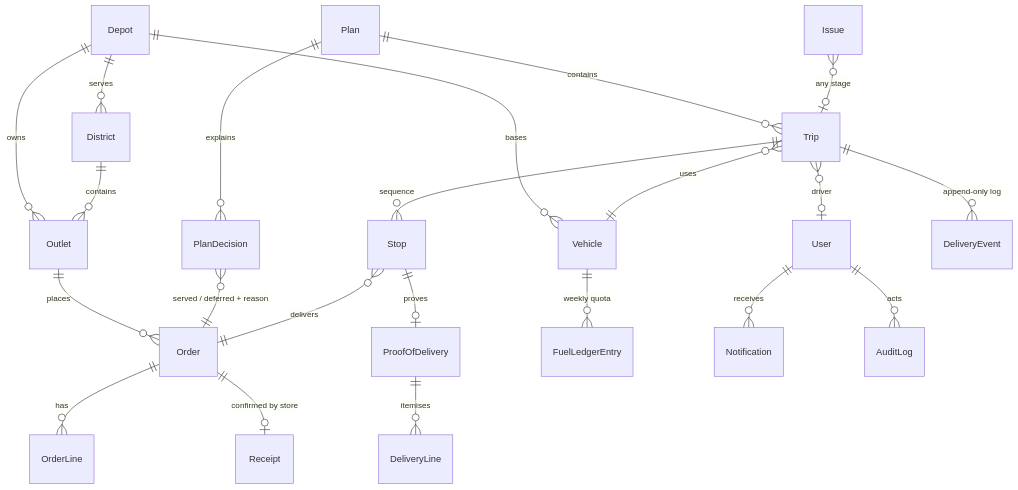
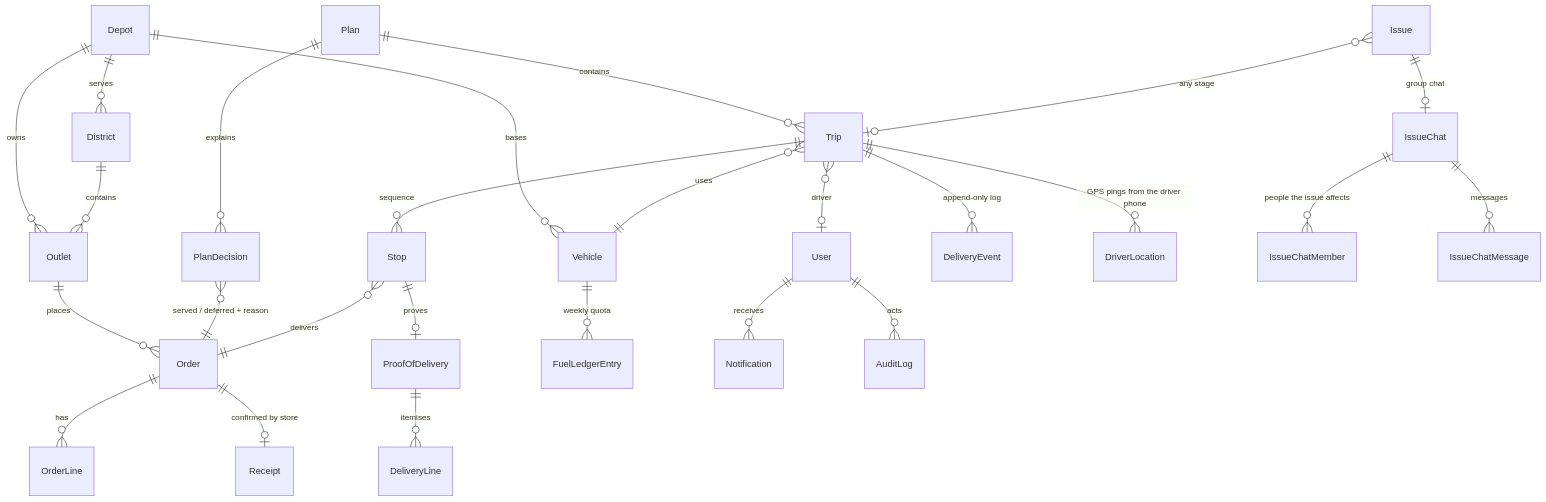
Before and after one commit to sajannethsara/HackBots_Waypoint: the diagram in docs/data-model.md, drawn with Mermaid. The commit also changed other lines of this file and 78 other files, not shown here.

````diff
--- a/docs/data-model.md
+++ b/docs/data-model.md
@@ -11,24 +11,28 @@
 ```mermaid
 erDiagram
   Depot ||--o{ District : serves
   Depot ||--o{ Outlet : owns
   Depot ||--o{ Vehicle : bases
   District ||--o{ Outlet : contains
   Outlet ||--o{ Order : places
   Order ||--o{ OrderLine : has
   Plan ||--o{ Trip : contains
   Plan ||--o{ PlanDecision : explains
   PlanDecision }o--|| Order : "served / deferred + reason"
   Trip }o--|| Vehicle : uses
   Trip }o--o| User : driver
   Trip ||--o{ Stop : sequence
   Stop }o--|| Order : delivers
   Stop ||--o| ProofOfDelivery : proves
   ProofOfDelivery ||--o{ DeliveryLine : itemises
   Trip ||--o{ DeliveryEvent : "append-only log"
+  Trip ||--o{ DriverLocation : "GPS pings from the driver phone"
+  Issue ||--o| IssueChat : "group chat"
+  IssueChat ||--o{ IssueChatMember : "people the issue affects"
+  IssueChat ||--o{ IssueChatMessage : "messages"
   Order ||--o| Receipt : "confirmed by store"
   Issue }o--o| Trip : "any stage"
   Vehicle ||--o{ FuelLedgerEntry : "weekly quota"
   User ||--o{ Notification : receives
   User ||--o{ AuditLog : acts
 ```
````
